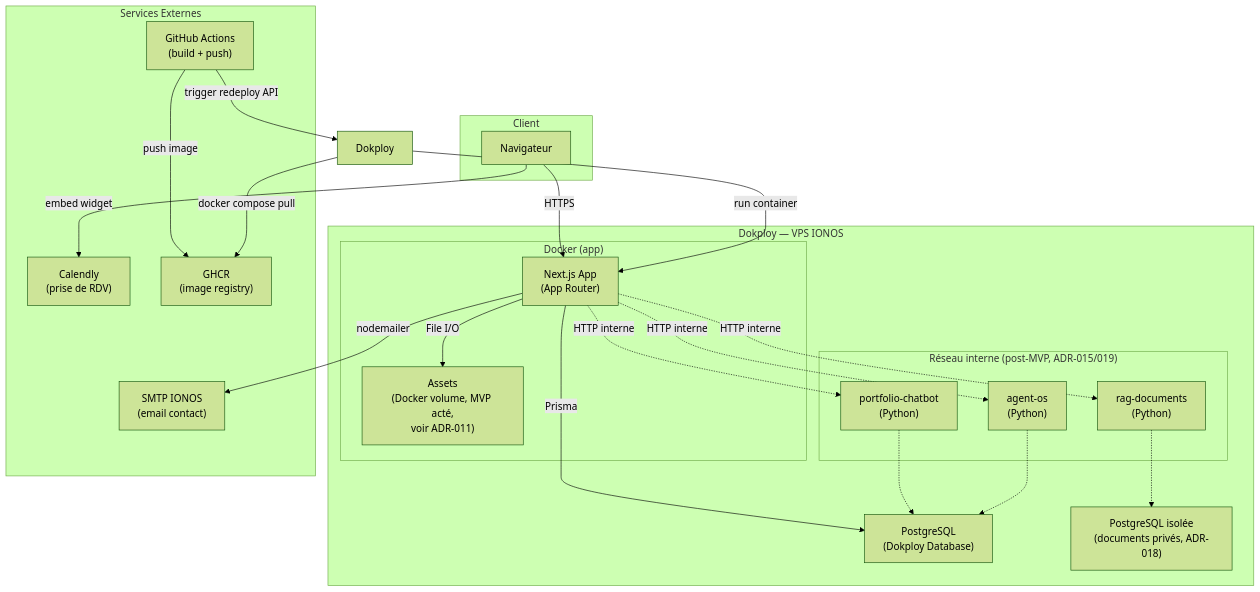
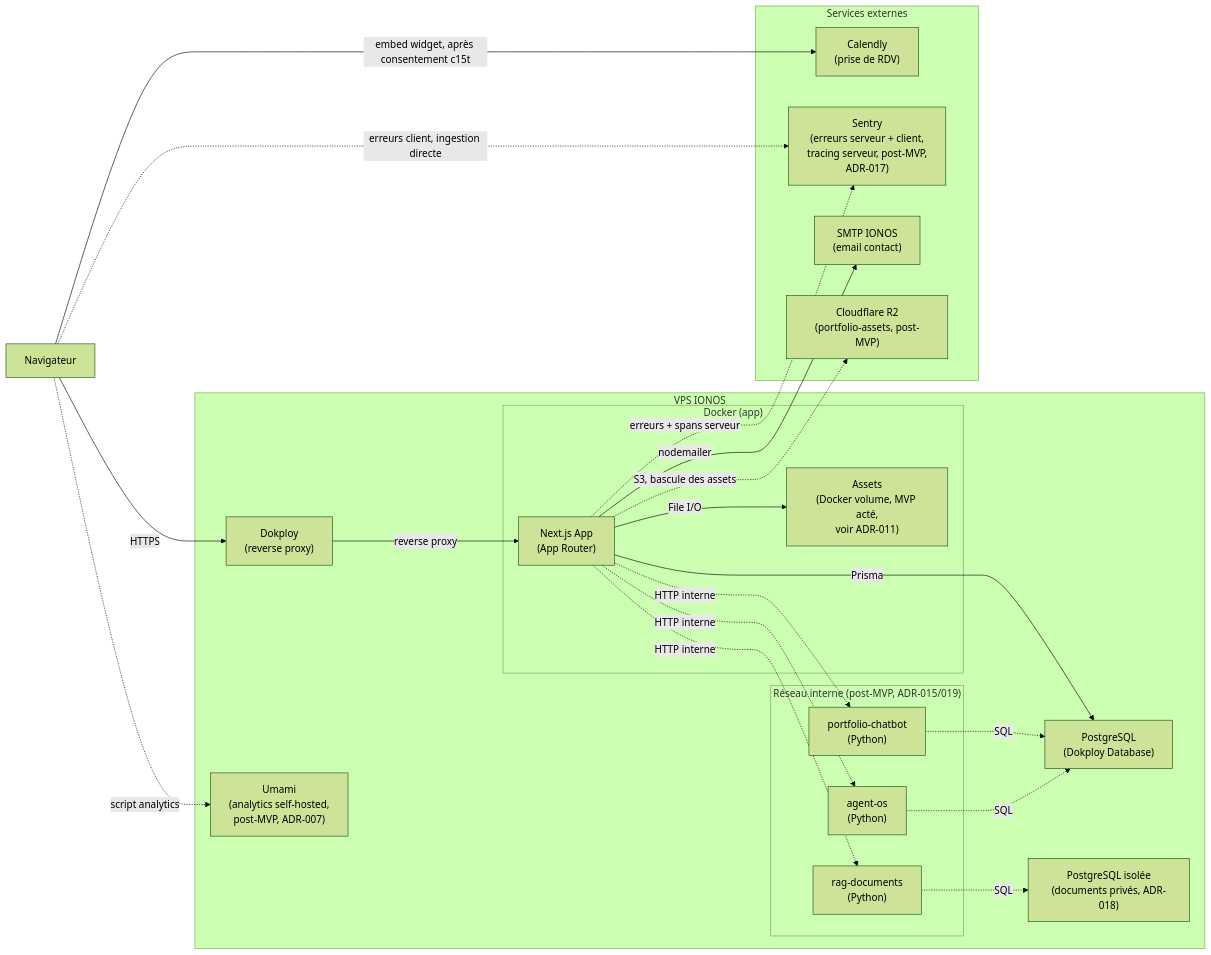
The first of 4 diagrams in docs/ARCHITECTURE.md (thibaud57/thibaud-geisler-portfolio), drawn with Mermaid (forest theme) before and after one commit. The commit also changed other lines of this file and 66 other files, not shown here.

````diff
--- a/docs/ARCHITECTURE.md
+++ b/docs/ARCHITECTURE.md
@@ -78,43 +82,43 @@
 ```mermaid
-graph TB
-    subgraph "Client"
-        Browser["Navigateur"]
+graph LR
+    Browser["Navigateur"]
+
+    subgraph VPS["VPS IONOS"]
+        Dokploy["Dokploy<br/>(reverse proxy)"]
+        subgraph App["Docker (app)"]
+            Next["Next.js App<br/>(App Router)"]
+            Assets["Assets<br/>(Docker volume, MVP acté,<br/>voir ADR-011)"]
+        end
+        PG["PostgreSQL<br/>(Dokploy Database)"]
+        Umami["Umami<br/>(analytics self-hosted,<br/>post-MVP, ADR-007)"]
+        subgraph Interne["Réseau interne (post-MVP, ADR-015/019)"]
+            Chatbot["portfolio-chatbot<br/>(Python)"]
+            AgentOS["agent-os<br/>(Python)"]
+            RagDocs["rag-documents<br/>(Python)"]
+        end
+        PGPriv["PostgreSQL isolée<br/>(documents privés, ADR-018)"]
     end
 
-    subgraph "Dokploy — VPS IONOS"
-        subgraph "Docker (app)"
-            Next["Next.js App\n(App Router)"]
-            Assets["Assets\n(Docker volume, MVP acté,\nvoir ADR-011)"]
-        end
-        PG["PostgreSQL\n(Dokploy Database)"]
-        subgraph "Réseau interne (post-MVP, ADR-015/019)"
-            Chatbot["portfolio-chatbot\n(Python)"]
-            AgentOS["agent-os\n(Python)"]
-            RagDocs["rag-documents\n(Python)"]
-        end
-        PGPriv["PostgreSQL isolée\n(documents privés, ADR-018)"]
+    subgraph Ext["Services externes"]
+        Calendly["Calendly<br/>(prise de RDV)"]
+        Sentry["Sentry<br/>(erreurs serveur + client,<br/>tracing serveur, post-MVP,<br/>ADR-017)"]
+        SMTP["SMTP IONOS<br/>(email contact)"]
+        R2["Cloudflare R2<br/>(portfolio-assets, post-MVP)"]
     end
 
-    subgraph "Services Externes"
-        SMTP["SMTP IONOS\n(email contact)"]
-        Calendly["Calendly\n(prise de RDV)"]
-        GHA["GitHub Actions\n(build + push)"]
-        GHCR["GHCR\n(image registry)"]
-    end
-
-    Browser -->|HTTPS| Next
-    Browser -->|embed widget| Calendly
+    Browser -->|HTTPS| Dokploy -->|reverse proxy| Next
+    Browser -->|embed widget, après consentement c15t| Calendly
+    Browser -.->|script analytics| Umami
+    Browser -.->|erreurs client, ingestion directe| Sentry
     Next -->|Prisma| PG
     Next -->|File I/O| Assets
-    Next -->|nodemailer| SMTP
     Next -.->|HTTP interne| Chatbot
     Next -.->|HTTP interne| AgentOS
     Next -.->|HTTP interne| RagDocs
-    Chatbot -.-> PG
-    AgentOS -.-> PG
-    RagDocs -.-> PGPriv
-    GHA -->|push image| GHCR
-    GHA -->|trigger redeploy API| Dokploy
-    Dokploy -->|docker compose pull| GHCR
-    Dokploy -->|run container| Next
+    Next -->|nodemailer| SMTP
+    Next -.->|erreurs + spans serveur| Sentry
+    Next -.->|S3, bascule des assets| R2
+    Chatbot -.->|SQL| PG
+    AgentOS -.->|SQL| PG
+    RagDocs -.->|SQL| PGPriv
 ```
````
